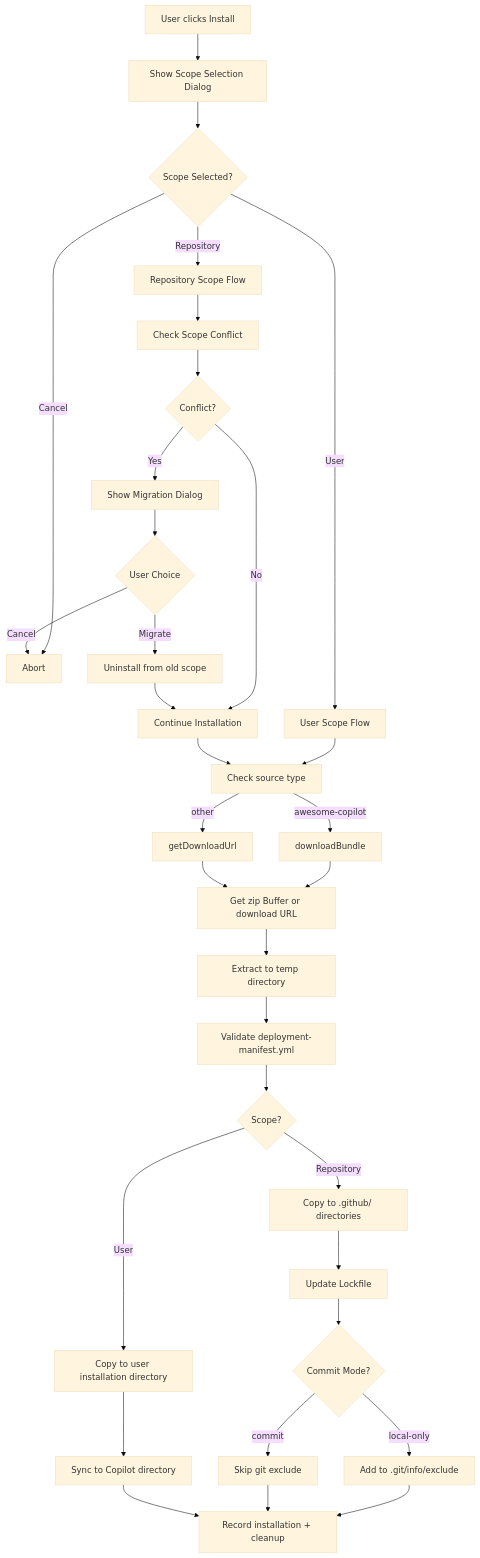
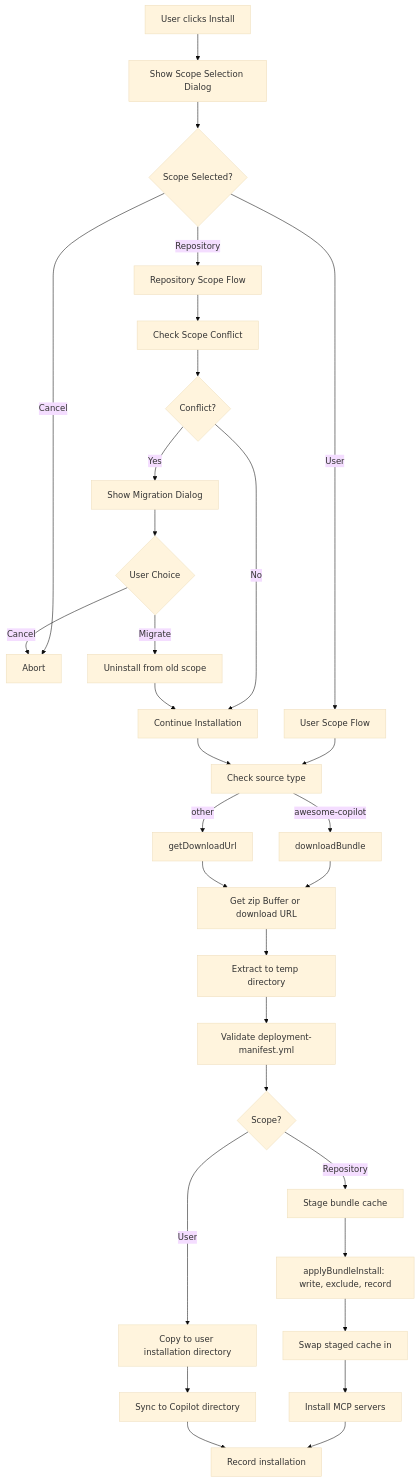
One commit to AmadeusITGroup/ai-primitives-hub changed the first of 8 diagrams in docs/contributor-guide/architecture/installation-flow.md. Above: the diagram before and after it, drawn with Mermaid (base theme). The commit also changed other lines of this file and 3 other files, not shown here.

````diff
--- a/docs/contributor-guide/architecture/installation-flow.md
+++ b/docs/contributor-guide/architecture/installation-flow.md
@@ -44,42 +44,40 @@
 ```mermaid
 flowchart TD
     A[User clicks Install] --> B[Show Scope Selection Dialog]
     B --> C{Scope Selected?}
     C -->|Cancel| Z[Abort]
     C -->|User| D[User Scope Flow]
     C -->|Repository| E[Repository Scope Flow]
     
     D --> F[Check source type]
     E --> G[Check Scope Conflict]
     
     G --> H{Conflict?}
     H -->|Yes| I[Show Migration Dialog]
     H -->|No| J[Continue Installation]
     
     I --> K{User Choice}
     K -->|Migrate| L[Uninstall from old scope]
     K -->|Cancel| Z
     L --> J
     
     J --> F
     
     F -->|awesome-copilot| M[downloadBundle]
     F -->|other| N[getDownloadUrl]
     M --> O[Get zip Buffer or download URL]
     N --> O
     O --> P[Extract to temp directory]
     P --> Q[Validate deployment-manifest.yml]
     Q --> R{Scope?}
     
     R -->|User| S[Copy to user installation directory]
-    R -->|Repository| T[Copy to .github/ directories]
+    R -->|Repository| T[Stage bundle cache]
     
     S --> U[Sync to Copilot directory]
-    T --> V[Update Lockfile]
-    V --> W{Commit Mode?}
-    W -->|local-only| X[Add to .git/info/exclude]
-    W -->|commit| Y[Skip git exclude]
-    X --> AA[Record installation + cleanup]
-    Y --> AA
+    T --> V[applyBundleInstall: write, exclude, record]
+    V --> W[Swap staged cache in]
+    W --> X[Install MCP servers]
+    X --> AA[Record installation]
     U --> AA
 ```
````
